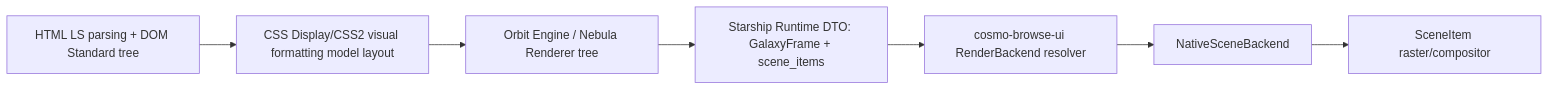
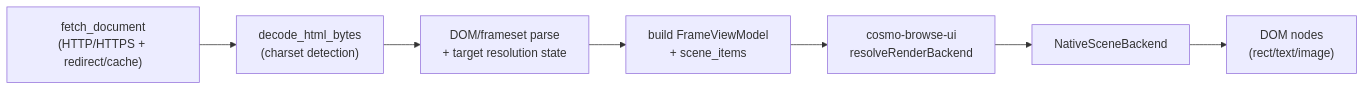
One commit to pkaiy81/CosmoBrowse changed the diagram in docs/architecture/mermaid/render-pipeline.mmd. Above: the diagram before and after it, drawn with Mermaid. The commit also changed 9 other files, not shown here.

```diff
--- a/docs/architecture/mermaid/render-pipeline.mmd
+++ b/docs/architecture/mermaid/render-pipeline.mmd
@@ -1,7 +1,7 @@
 flowchart LR
-  A["HTML LS parsing + DOM Standard tree"] --> B["CSS Display/CSS2 visual formatting model layout"]
-  B --> C["Orbit Engine / Nebula Renderer tree"]
-  C --> D["Starship Runtime DTO: GalaxyFrame + scene_items"]
-  D --> E["cosmo-browse-ui RenderBackend resolver"]
+  A["fetch_document\n(HTTP/HTTPS + redirect/cache)"] --> B["decode_html_bytes\n(charset detection)"]
+  B --> C["DOM/frameset parse\n+ target resolution state"]
+  C --> D["build FrameViewModel\n+ scene_items"]
+  D --> E["cosmo-browse-ui\nresolveRenderBackend"]
   E --> F["NativeSceneBackend"]
-  F --> G["SceneItem raster/compositor"]
+  F --> G["DOM nodes\n(rect/text/image)"]
```
